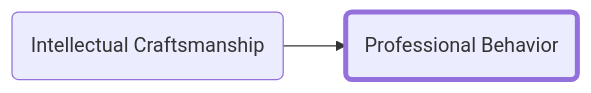
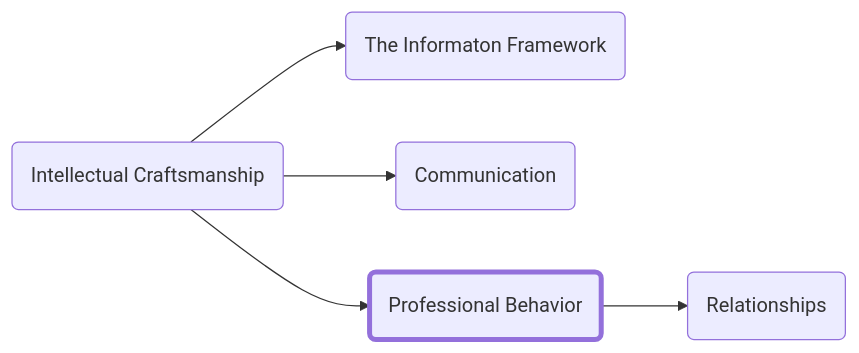
Before and after one commit to forrestpitz/forrestpitz.github.io: the diagram in _posts/2023-01-05-professionalbehavior.md, drawn with Mermaid. The commit also changed other lines of this file and 20 other files, not shown here.

````diff
--- a/_posts/2023-01-05-professionalbehavior.md
+++ b/_posts/2023-01-05-professionalbehavior.md
@@ -11,8 +13,14 @@
 ```mermaid
 graph LR;
-  A(Intellectual Craftsmanship)-->B(Professional Behavior)
+  A(Intellectual Craftsmanship)-->B(The Informaton Framework)
+  A-->C(Communication)
+  A-->D(Professional Behavior)
+  D-->E(Relationships)
 
-  style B stroke-width:4px
+  style D stroke-width:4px
 
   click A "{% post_url 2023-01-05-intro %}"
+  click B "{% post_url 2023-01-05-info-framework %}"
+  click C "{% post_url 2023-01-05-communication %}"
+  click E "{% post_url 2023-01-05-relationships %}"
 ```
````
